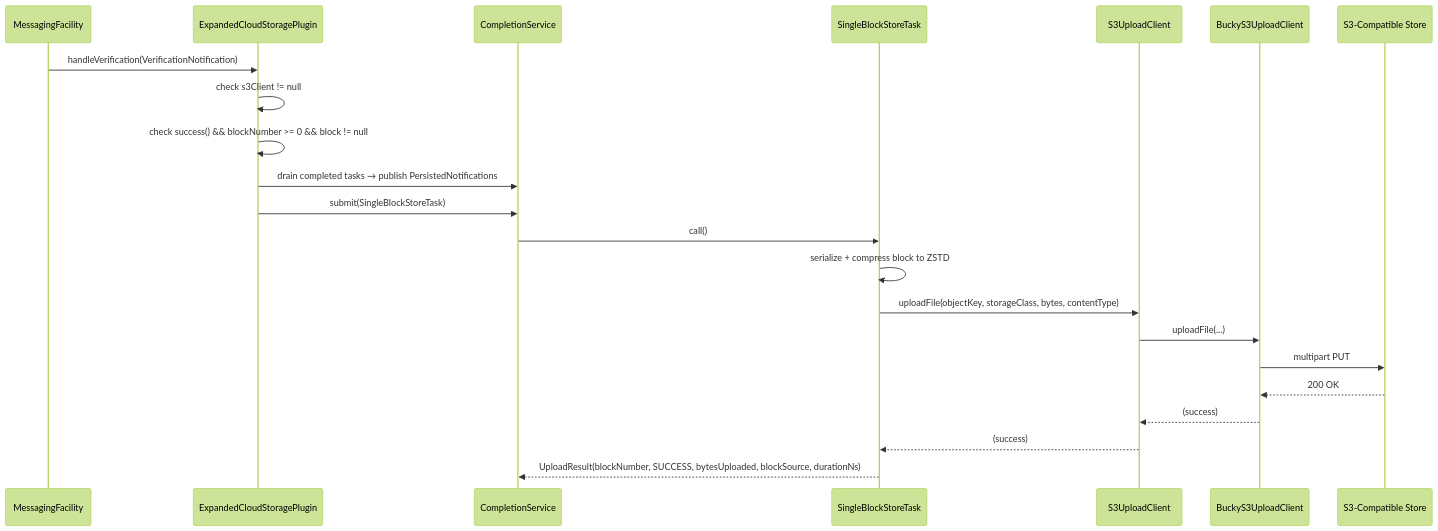
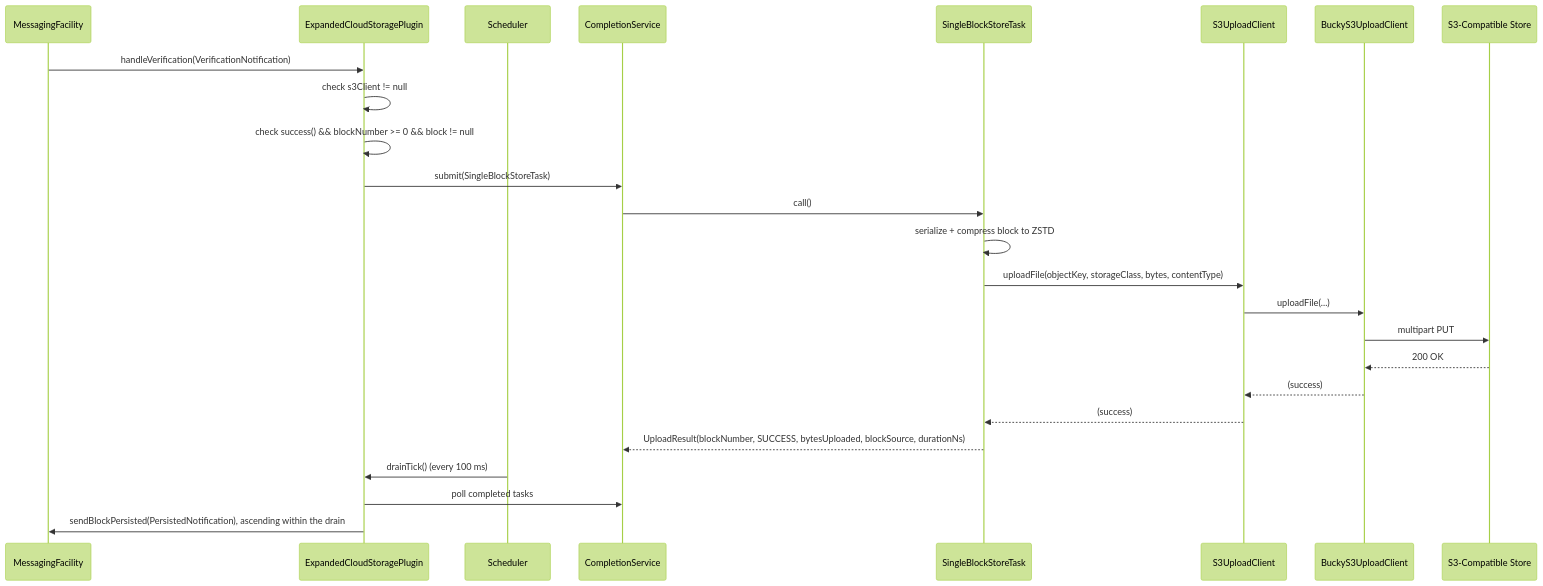
Before and after one commit to hiero-ledger/hiero-docs: the first of 2 diagrams in block-node/design/persistence/cloud-storage-expanded.md, drawn with Mermaid (forest theme). The commit also changed other lines of this file and 33 other files, not shown here.

````diff
--- a/block-node/design/persistence/cloud-storage-expanded.md
+++ b/block-node/design/persistence/cloud-storage-expanded.md
@@ -351,25 +398,28 @@
 ```mermaid
 sequenceDiagram
     participant MF as MessagingFacility
     participant ECS as ExpandedCloudStoragePlugin
+    participant Sched as Scheduler
     participant CS as CompletionService
     participant Task as SingleBlockStoreTask
     participant S3 as S3UploadClient
     participant Bucky as BuckyS3UploadClient
     participant Store as S3-Compatible Store
 
     MF->>ECS: handleVerification(VerificationNotification)
     ECS->>ECS: check s3Client != null
     ECS->>ECS: check success() && blockNumber >= 0 && block != null
-    ECS->>CS: drain completed tasks → publish PersistedNotifications
     ECS->>CS: submit(SingleBlockStoreTask)
     CS->>Task: call()
     Task->>Task: serialize + compress block to ZSTD
     Task->>S3: uploadFile(objectKey, storageClass, bytes, contentType)
     S3->>Bucky: uploadFile(...)
     Bucky->>Store: multipart PUT
     Store-->>Bucky: 200 OK
     Bucky-->>S3: (success)
     S3-->>Task: (success)
     Task-->>CS: UploadResult(blockNumber, SUCCESS, bytesUploaded, blockSource, durationNs)
+    Sched->>ECS: drainTick() (every 100 ms)
+    ECS->>CS: poll completed tasks
+    ECS->>MF: sendBlockPersisted(PersistedNotification), ascending within the drain
 ```
````
